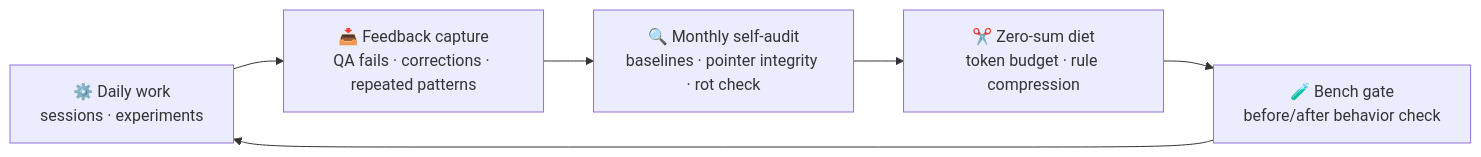
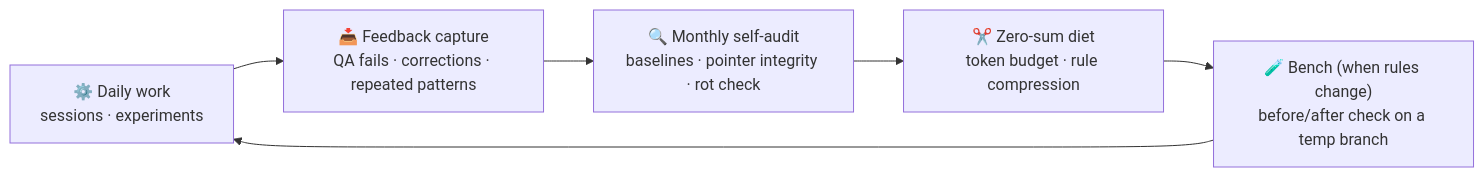
Before and after one commit to DaeSeokSong/oh-my-ouroboros: the diagram in README.md, drawn with Mermaid. The commit also changed other lines of this file and 325 other files, not shown here.

````diff
--- a/README.md
+++ b/README.md
@@ -38,8 +38,8 @@
 ```mermaid
 flowchart LR
     W["⚙️ Daily work<br/>sessions · experiments"] --> F["📥 Feedback capture<br/>QA fails · corrections · repeated patterns"]
     F --> A["🔍 Monthly self-audit<br/>baselines · pointer integrity · rot check"]
     A --> D["✂️ Zero-sum diet<br/>token budget · rule compression"]
-    D --> B["🧪 Bench gate<br/>before/after behavior check"]
+    D --> B["🧪 Bench (when rules change)<br/>before/after check on a temp branch"]
     B --> W
 ```
````
